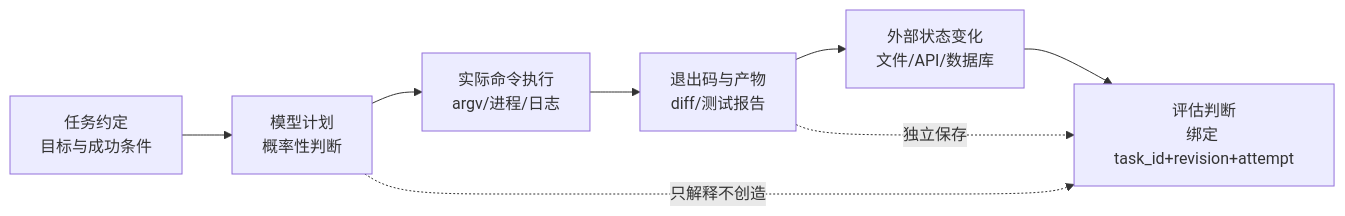
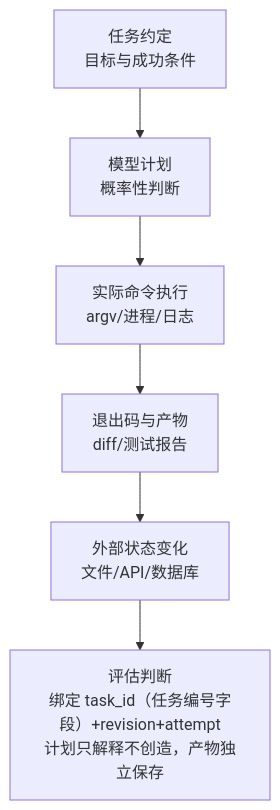
Before and after one commit to hub138/technical-knowledge: the first of 2 diagrams in vault/工程知识/AI 系统工程：从模型能力到生产能力/质量与运营/Agent评估系统的设计约定.md, drawn with Mermaid. The commit also changed other lines of this file and 622 other files, not shown here.

````diff
--- a/vault/工程知识/AI 系统工程：从模型能力到生产能力/质量与运营/Agent评估系统的设计约定.md
+++ b/vault/工程知识/AI 系统工程：从模型能力到生产能力/质量与运营/Agent评估系统的设计约定.md
@@ -60,10 +75,8 @@
 ```mermaid
-flowchart LR
+flowchart TB
     T["任务约定<br/>目标与成功条件"] --> P["模型计划<br/>概率性判断"]
     P --> C["实际命令执行<br/>argv/进程/日志"]
     C --> E["退出码与产物<br/>diff/测试报告"]
     E --> S["外部状态变化<br/>文件/API/数据库"]
-    S --> J["评估判断<br/>绑定 task_id+revision+attempt"]
-    P -.只解释不创造.-> J
-    E -.独立保存.-> J
+    S --> J["评估判断<br/>绑定 task_id（任务编号字段）+revision+attempt<br/>计划只解释不创造，产物独立保存"]
 ```
````
